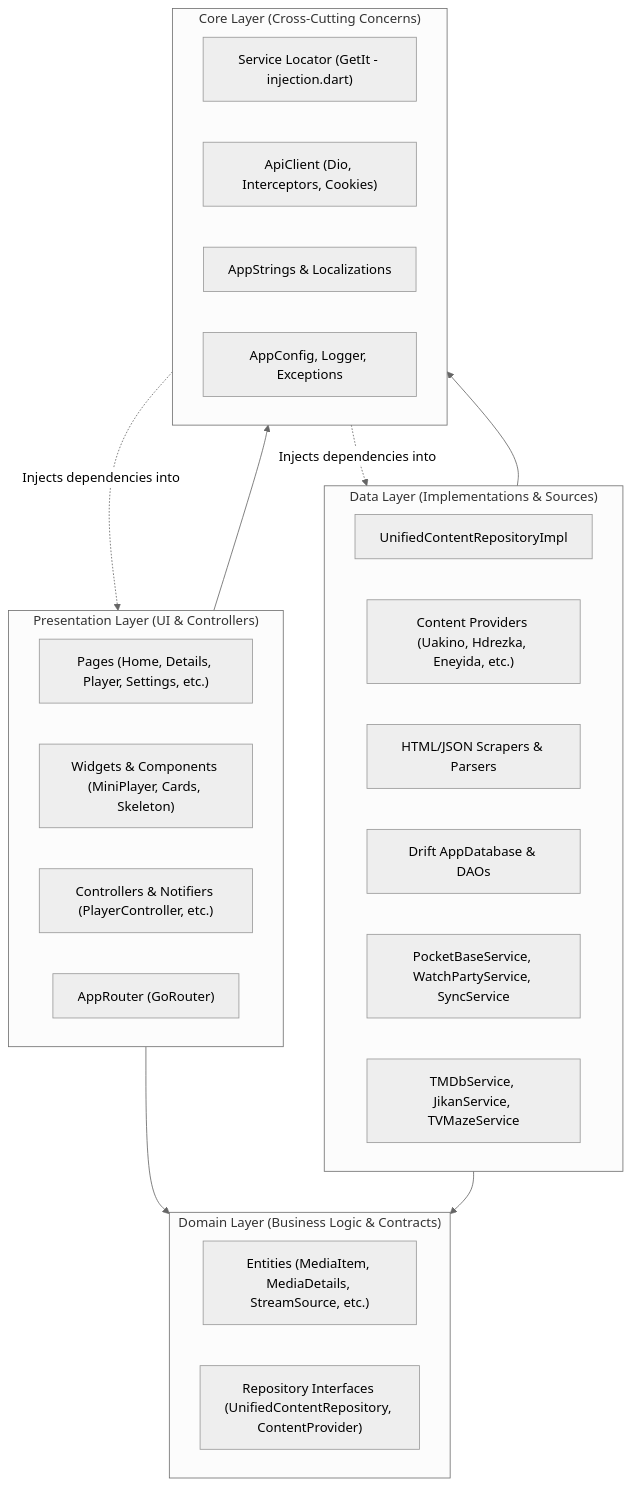
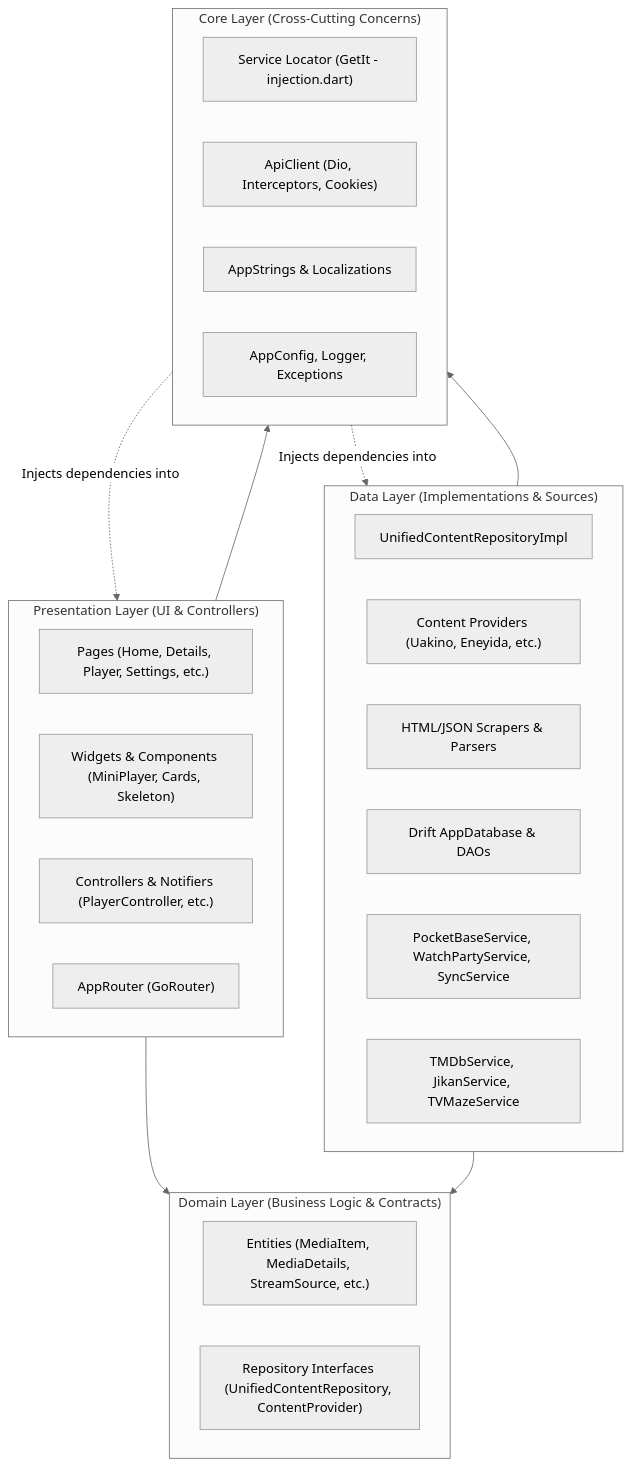
One commit to edhases/kadrbox changed the first of 4 diagrams in docs/01_TECH_STACK_AND_ARCHITECTURE.md. Above: the diagram before and after it, drawn with Mermaid (neutral theme). The commit also changed other lines of this file and 72 other files, not shown here.

````diff
--- a/docs/01_TECH_STACK_AND_ARCHITECTURE.md
+++ b/docs/01_TECH_STACK_AND_ARCHITECTURE.md
@@ -51,37 +51,37 @@
 ```mermaid
 flowchart TD
     subgraph PresentationLayer ["Presentation Layer (UI & Controllers)"]
         UI_Pages["Pages (Home, Details, Player, Settings, etc.)"]
         UI_Widgets["Widgets & Components (MiniPlayer, Cards, Skeleton)"]
         State_Holders["Controllers & Notifiers (PlayerController, etc.)"]
         Router["AppRouter (GoRouter)"]
     end
 
     subgraph DomainLayer ["Domain Layer (Business Logic & Contracts)"]
         Entities["Entities (MediaItem, MediaDetails, StreamSource, etc.)"]
         RepoContracts["Repository Interfaces (UnifiedContentRepository, ContentProvider)"]
     end
 
     subgraph DataLayer ["Data Layer (Implementations & Sources)"]
         RepoImpl["UnifiedContentRepositoryImpl"]
-        Providers["Content Providers (Uakino, Hdrezka, Eneyida, etc.)"]
+        Providers["Content Providers (Uakino, Eneyida, etc.)"]
         Parsers["HTML/JSON Scrapers & Parsers"]
         LocalDB["Drift AppDatabase & DAOs"]
         CloudServices["PocketBaseService, WatchPartyService, SyncService"]
         ExternalServices["TMDbService, JikanService, TVMazeService"]
     end
 
     subgraph CoreLayer ["Core Layer (Cross-Cutting Concerns)"]
         DI["Service Locator (GetIt - injection.dart)"]
         Network["ApiClient (Dio, Interceptors, Cookies)"]
         L10n["AppStrings & Localizations"]
         Config["AppConfig, Logger, Exceptions"]
     end
 
     PresentationLayer --> DomainLayer
     PresentationLayer --> CoreLayer
     DataLayer --> DomainLayer
     DataLayer --> CoreLayer
     CoreLayer -.->|Injects dependencies into| PresentationLayer
     CoreLayer -.->|Injects dependencies into| DataLayer
 ```
````
